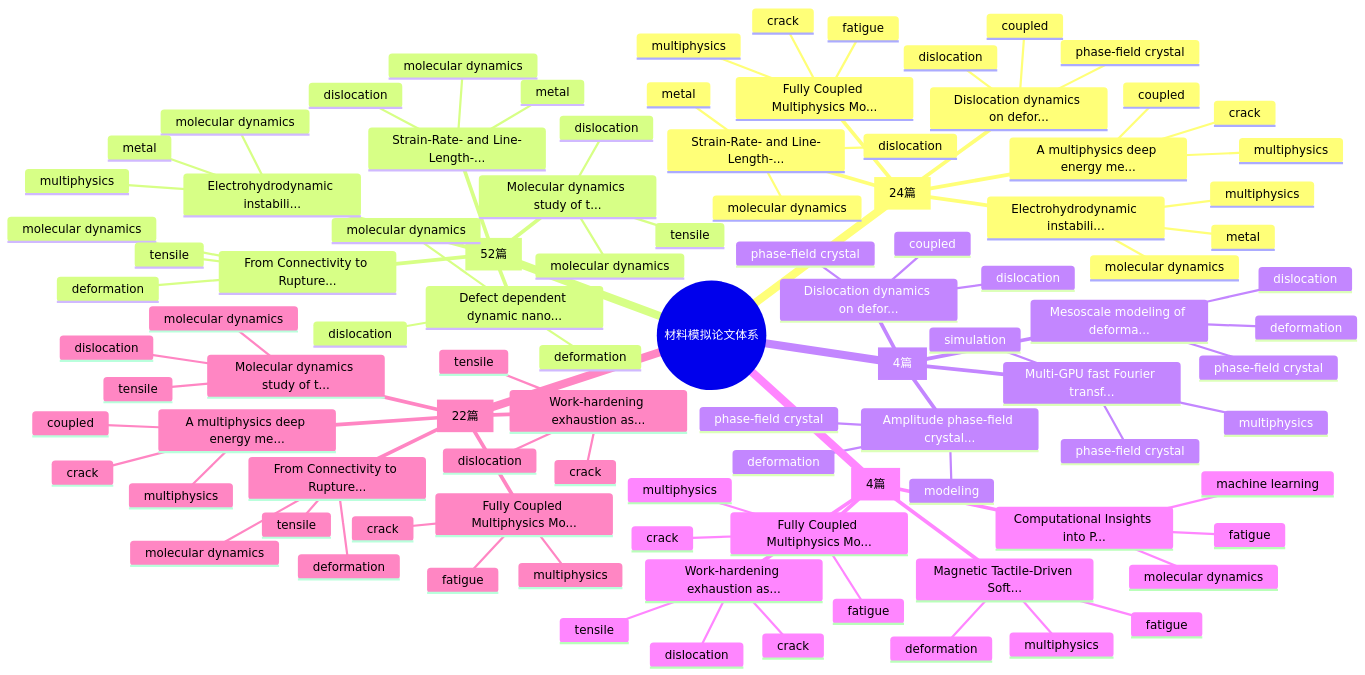
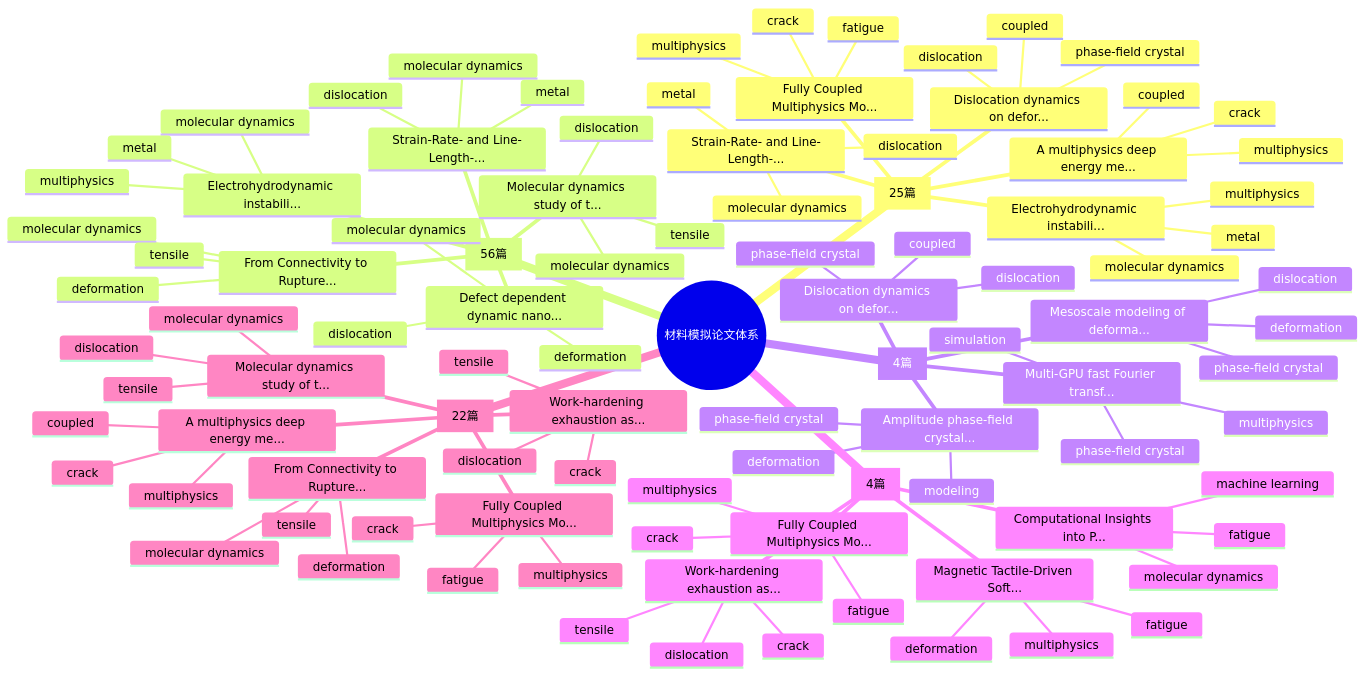
Before and after one commit to Shirakawa11111/BJK_readpaper: the first of 2 diagrams in README.md, drawn with Mermaid. The commit also changed other lines of this file and 11 other files, not shown here.

````diff
--- a/README.md
+++ b/README.md
@@ -94,7 +94,7 @@
 ```mermaid
 mindmap
   root((材料模拟论文体系))
-    Multiphysics Coupling [24篇]
+    Multiphysics Coupling [25篇]
       Fully Coupled Multiphysics Mo...
         fatigue
         multiphysics
@@ -115,7 +115,7 @@
         molecular dynamics
         dislocation
         metal
-    Molecular Dynamics [52篇]
+    Molecular Dynamics [56篇]
       Molecular dynamics study of t...
         molecular dynamics
         dislocation
````
